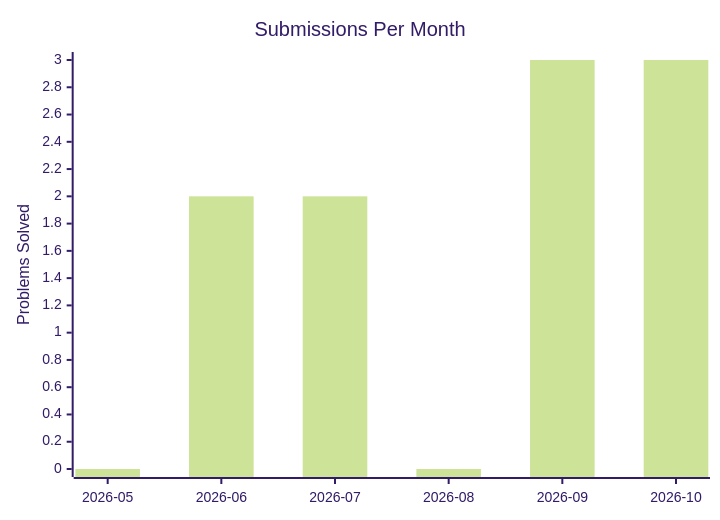
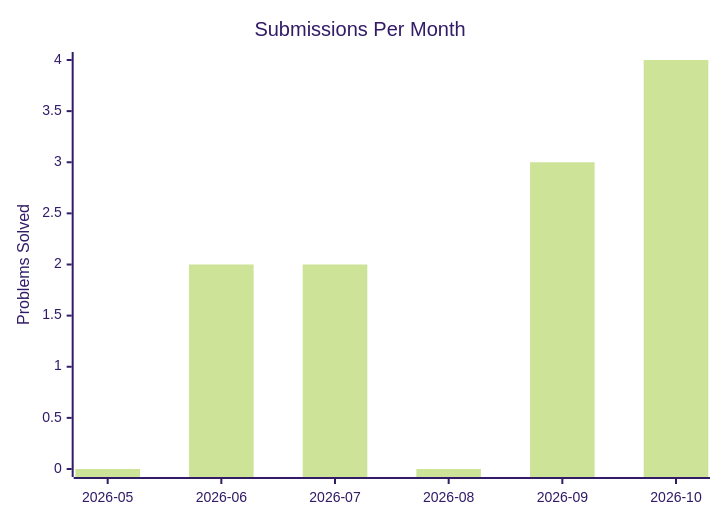
The second of 2 diagrams in PROGRESS.md (kanishk-procoder/leetcode-grind), drawn with Mermaid (forest theme) before and after one commit. The commit also changed other lines of this file and 4 other files, not shown here.

````diff
--- a/PROGRESS.md
+++ b/PROGRESS.md
@@ -12,7 +12,7 @@
 ```mermaid
 xychart-beta
     title "Submissions Per Month"
     x-axis ["2026-05", "2026-06", "2026-07", "2026-08", "2026-09", "2026-10"]
-    y-axis "Problems Solved" 0 --> 3
-    bar [0, 2, 2, 0, 3, 3]
+    y-axis "Problems Solved" 0 --> 4
+    bar [0, 2, 2, 0, 3, 4]
 ```
````
